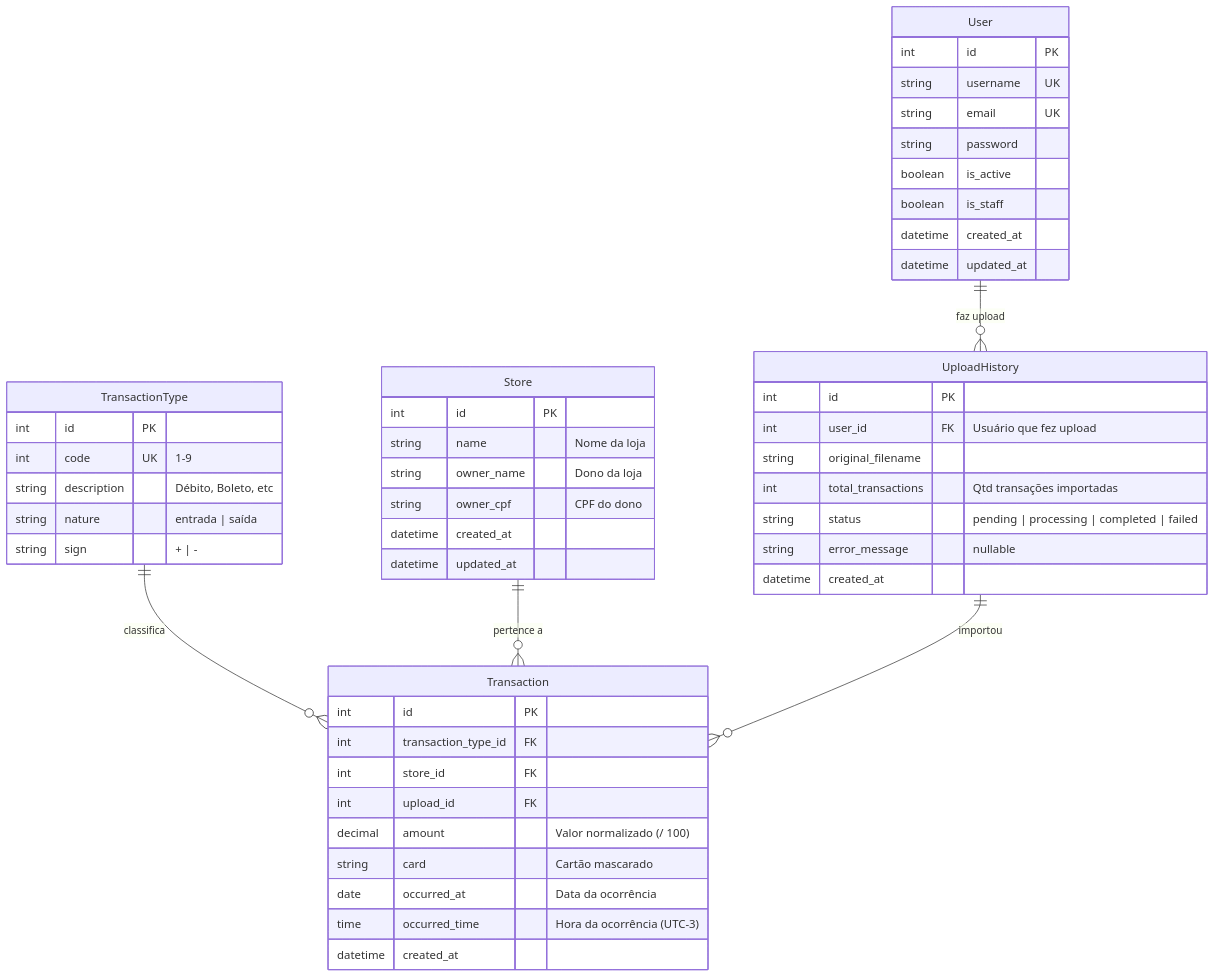
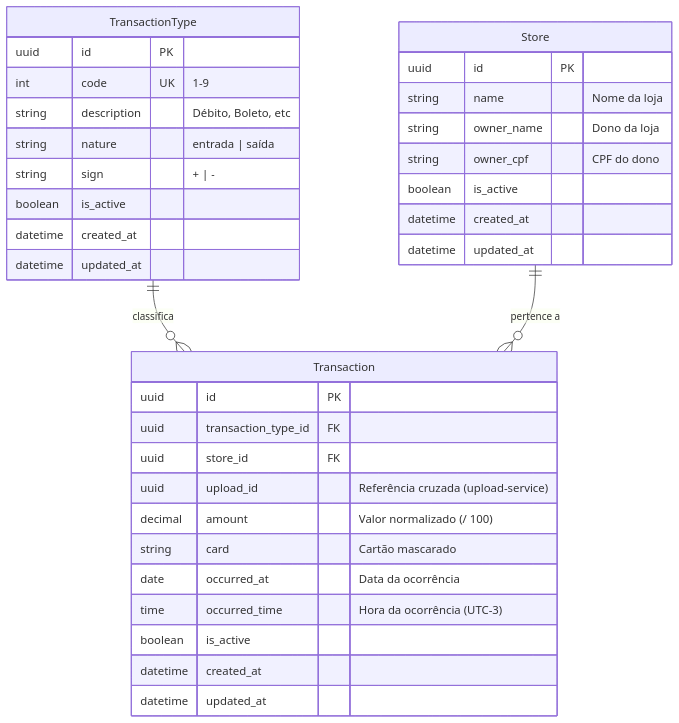
Before and after one commit to LucasBiason/desafio-dev: the first of 3 diagrams in docs/20-design/data-model.md, drawn with Mermaid. The commit also changed other lines of this file and 35 other files, not shown here.

````diff
--- a/docs/20-design/data-model.md
+++ b/docs/20-design/data-model.md
@@ -5,57 +15,40 @@
 ```mermaid
 erDiagram
-    User {
-        int id PK
-        string username UK
-        string email UK
-        string password
+    TransactionType {
+        uuid id PK
+        int code UK "1-9"
+        string description "Débito, Boleto, etc"
+        string nature "entrada | saída"
+        string sign "+ | -"
         boolean is_active
-        boolean is_staff
         datetime created_at
         datetime updated_at
     }
 
-    TransactionType {
-        int id PK
-        int code UK "1-9"
-        string description "Débito, Boleto, etc"
-        string nature "entrada | saída"
-        string sign "+ | -"
-    }
-
     Store {
-        int id PK
+        uuid id PK
         string name "Nome da loja"
         string owner_name "Dono da loja"
         string owner_cpf "CPF do dono"
+        boolean is_active
         datetime created_at
         datetime updated_at
     }
 
-    UploadHistory {
-        int id PK
-        int user_id FK "Usuário que fez upload"
-        string original_filename
-        int total_transactions "Qtd transações importadas"
-        string status "pending | processing | completed | failed"
-        string error_message "nullable"
-        datetime created_at
-    }
-
     Transaction {
-        int id PK
-        int transaction_type_id FK
-        int store_id FK
-        int upload_id FK
+        uuid id PK
+        uuid transaction_type_id FK
+        uuid store_id FK
+        uuid upload_id "Referência cruzada (upload-service)"
         decimal amount "Valor normalizado (/ 100)"
         string card "Cartão mascarado"
         date occurred_at "Data da ocorrência"
         time occurred_time "Hora da ocorrência (UTC-3)"
+        boolean is_active
         datetime created_at
+        datetime updated_at
     }
 
-    User ||--o{ UploadHistory : "faz upload"
     TransactionType ||--o{ Transaction : "classifica"
     Store ||--o{ Transaction : "pertence a"
-    UploadHistory ||--o{ Transaction : "importou"
 ```
````
